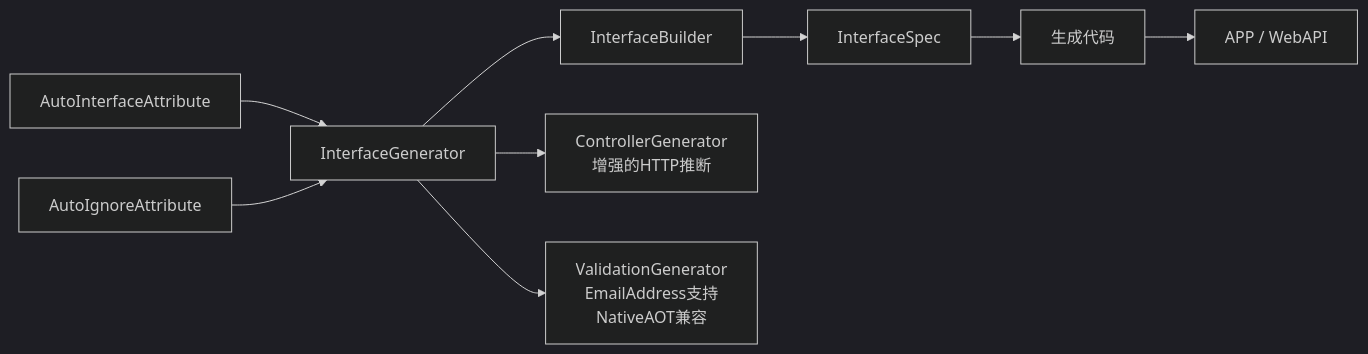
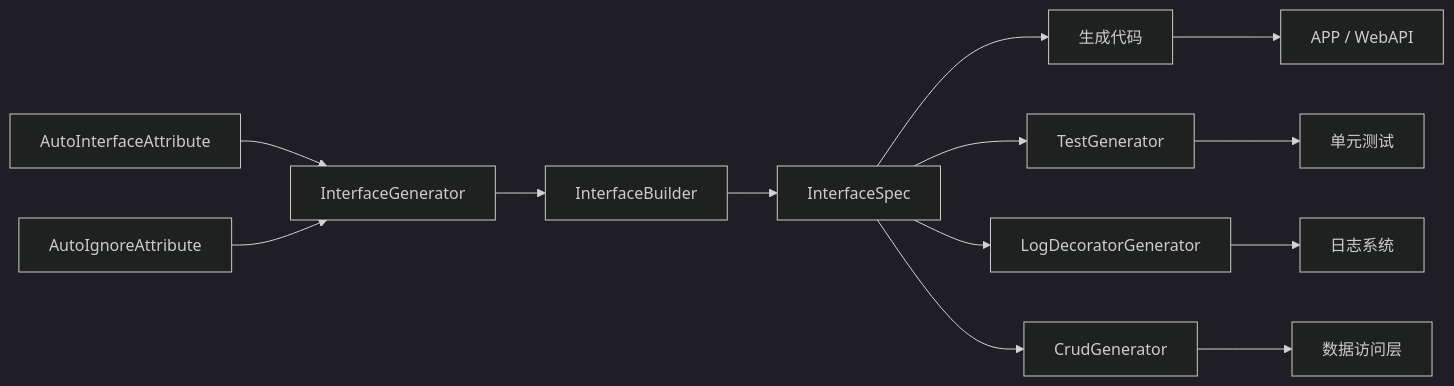
The seventh of 7 diagrams in .qoder/repowiki/zh/content/源代码生成器/源代码生成器.md (alivy/AutoCode), drawn with Mermaid (dark theme) before and after one commit. The commit also changed other lines of this file and 152 other files, not shown here.

````diff
--- a/.qoder/repowiki/zh/content/源代码生成器/源代码生成器.md
+++ b/.qoder/repowiki/zh/content/源代码生成器/源代码生成器.md
@@ -403,11 +460,15 @@
 ```mermaid
 graph LR
 Attr["AutoInterfaceAttribute"] --> Gen["InterfaceGenerator"]
 Ignore["AutoIgnoreAttribute"] --> Gen
 Gen --> Bld["InterfaceBuilder"]
 Bld --> Spc["InterfaceSpec"]
-Gen --> Ctrl["ControllerGenerator<br/>增强的HTTP推断"]
-Gen --> Val["ValidationGenerator<br/>EmailAddress支持<br/>NativeAOT兼容"]
 Spc --> Out["生成代码"]
 Out --> App["APP / WebAPI"]
+Spc --> TestGen["TestGenerator"]
+Spc --> LogGen["LogDecoratorGenerator"]
+Spc --> CrudGen["CrudGenerator"]
+TestGen --> UT["单元测试"]
+LogGen --> LOG["日志系统"]
+CrudGen --> DAL["数据访问层"]
 ```
````
